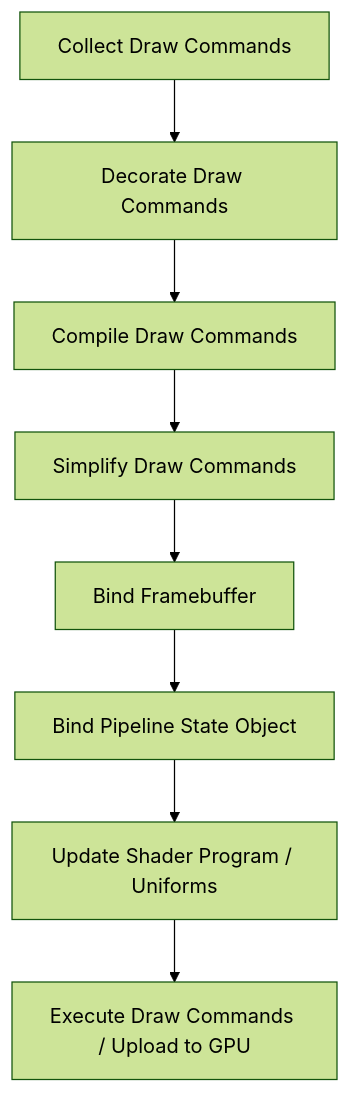
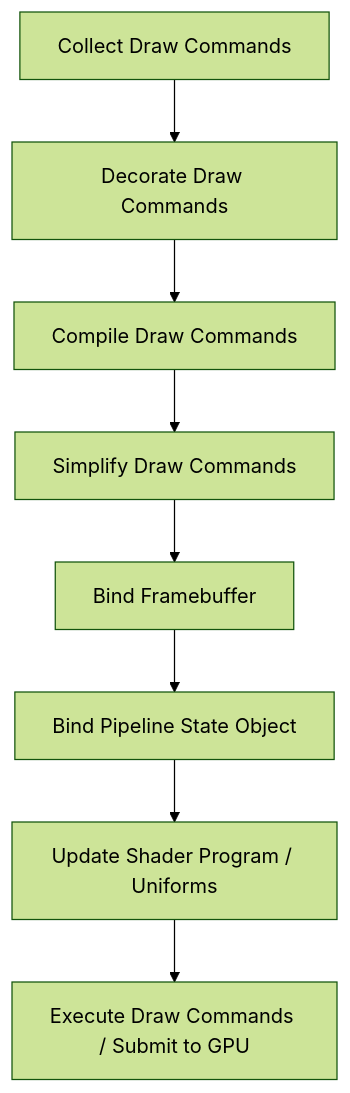
The first of 2 diagrams in ENGINE_OVERVIEW.md (CleanroomMC/Cleanroom), drawn with Mermaid (forest theme) before and after one commit. The commit also changed other lines of this file and 2 other files, not shown here.

````diff
--- a/ENGINE_OVERVIEW.md
+++ b/ENGINE_OVERVIEW.md
@@ -258,10 +261,10 @@
 ```mermaid
 graph TD
     A[Collect Draw Commands] --> B[Decorate Draw Commands]
     B --> C[Compile Draw Commands]
     C --> D[Simplify Draw Commands]
     D --> E[Bind Framebuffer]
     E --> F[Bind Pipeline State Object]
     F --> G[Update Shader Program / Uniforms]
-    G --> H[Execute Draw Commands / Upload to GPU]
+    G --> H[Execute Draw Commands / Submit to GPU]
 ```
````
